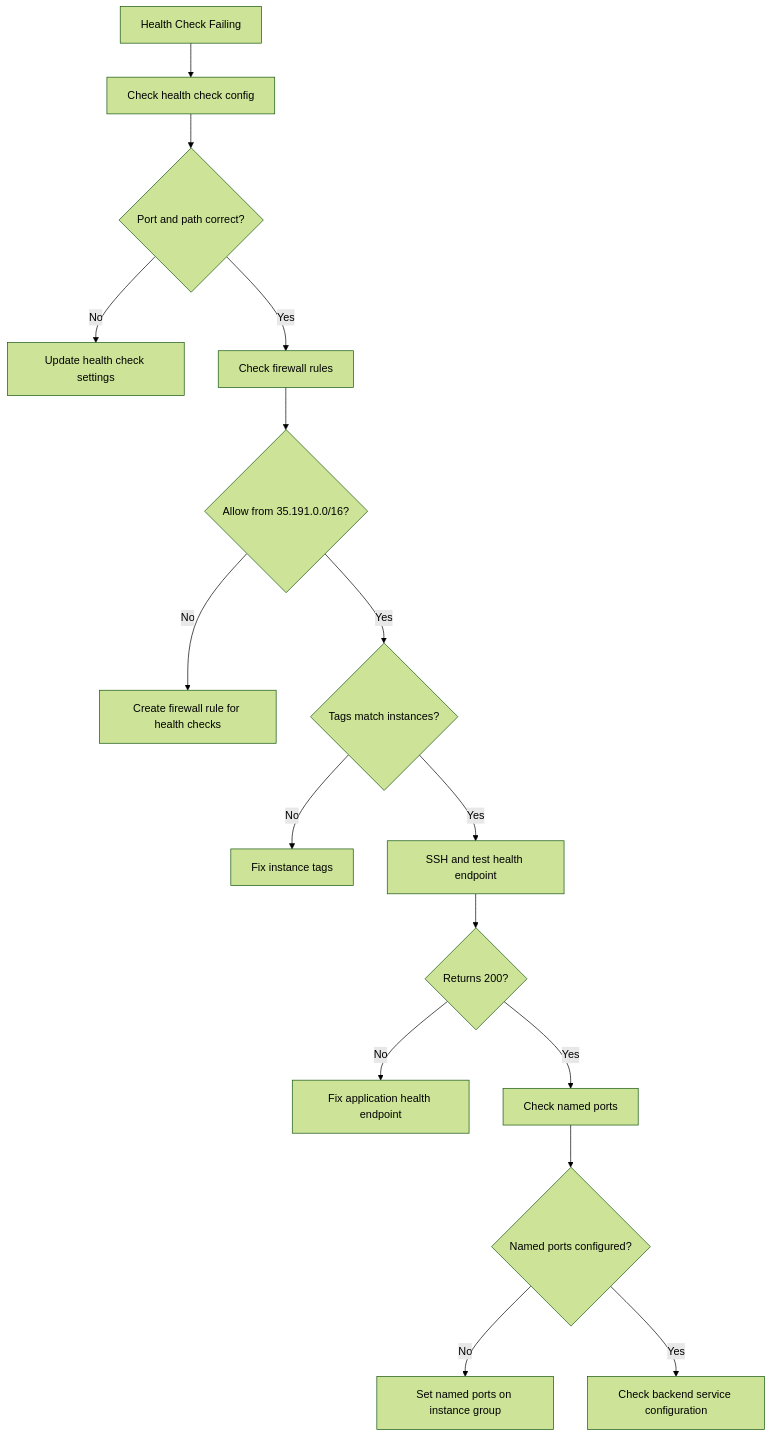
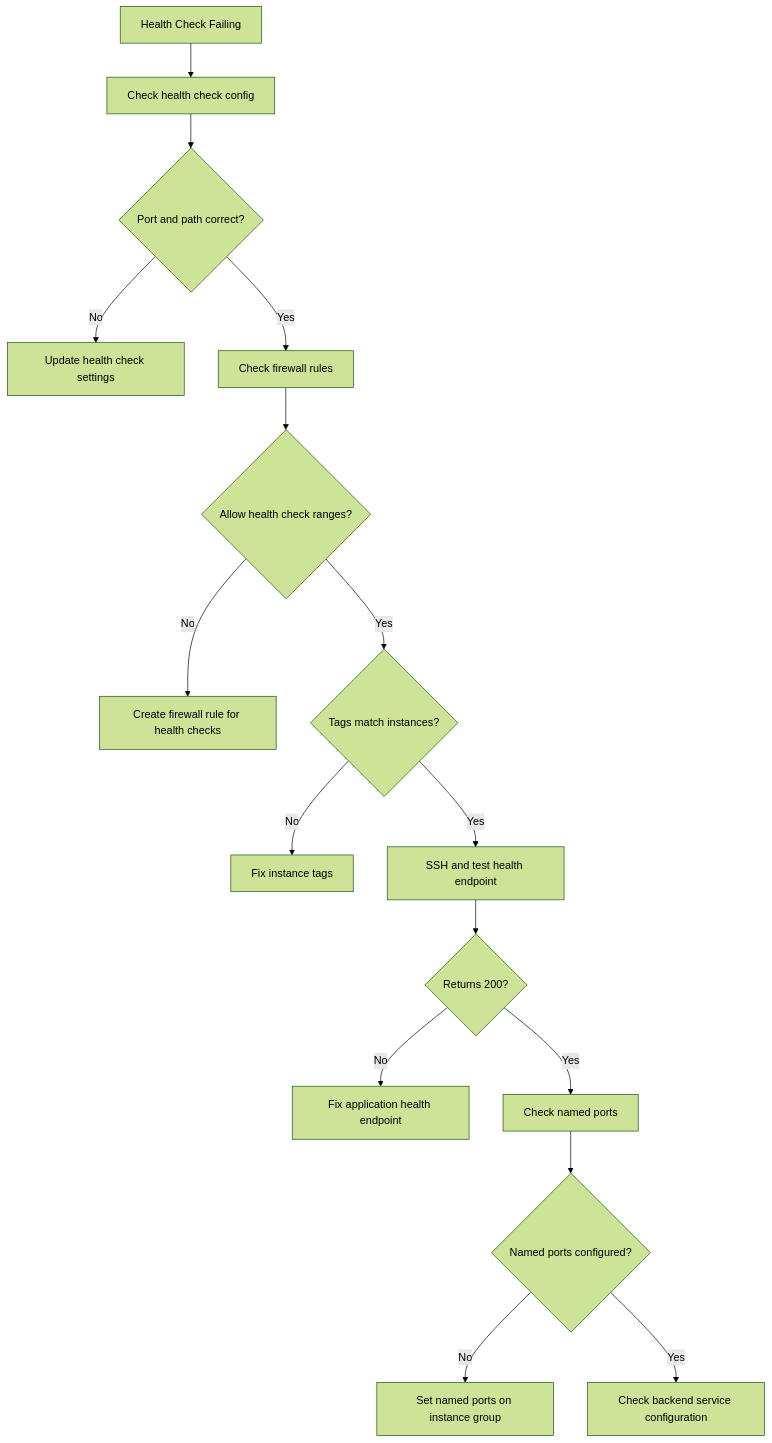
One commit to OneUptime/blog changed the diagram in posts/2026-02-17-how-to-troubleshoot-gcp-load-balancer-health-check-failures/README.md. Above: the diagram before and after it, drawn with Mermaid (forest theme). The commit also changed other lines of this file and 2 other files, not shown here.

Commit message:
validate: 2026-02-17-how-to-troubleshoot-gcp-load-balancer-health-check-failures

````diff
--- a/posts/2026-02-17-how-to-troubleshoot-gcp-load-balancer-health-check-failures/README.md
+++ b/posts/2026-02-17-how-to-troubleshoot-gcp-load-balancer-health-check-failures/README.md
@@ -220,18 +225,18 @@
 ```mermaid
 graph TD
     A[Health Check Failing] --> B[Check health check config]
     B --> C{Port and path correct?}
     C -->|No| D[Update health check settings]
     C -->|Yes| E[Check firewall rules]
-    E --> F{Allow from 35.191.0.0/16?}
+    E --> F{Allow health check ranges?}
     F -->|No| G[Create firewall rule for health checks]
     F -->|Yes| H{Tags match instances?}
     H -->|No| I[Fix instance tags]
     H -->|Yes| J[SSH and test health endpoint]
     J --> K{Returns 200?}
     K -->|No| L[Fix application health endpoint]
     K -->|Yes| M[Check named ports]
     M --> N{Named ports configured?}
     N -->|No| O[Set named ports on instance group]
     N -->|Yes| P[Check backend service configuration]
 ```
````
